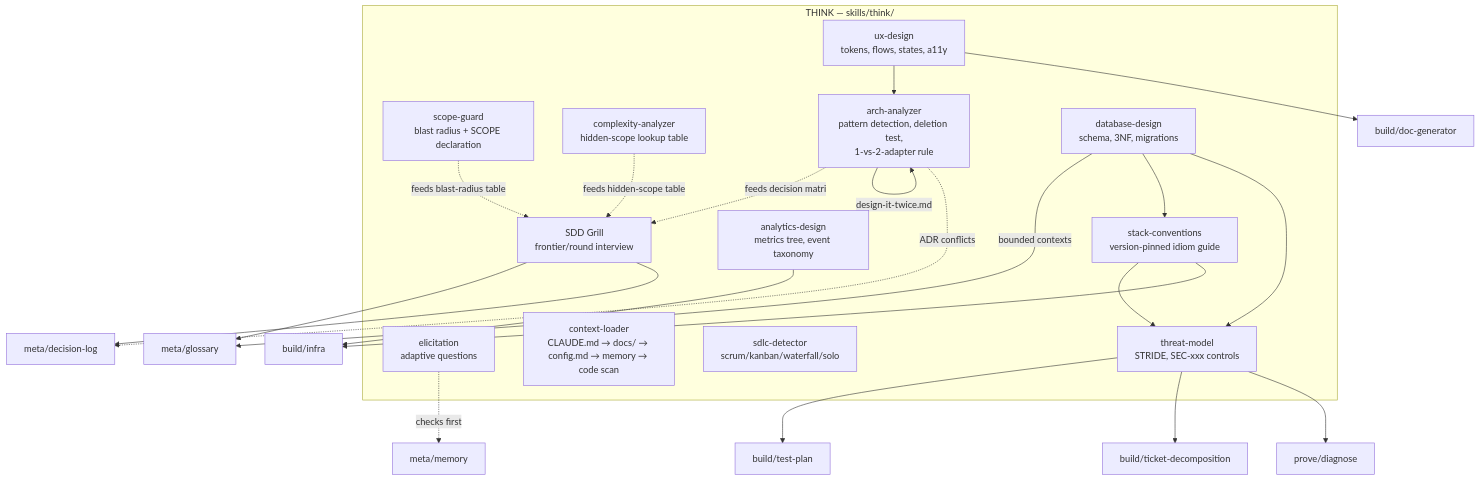
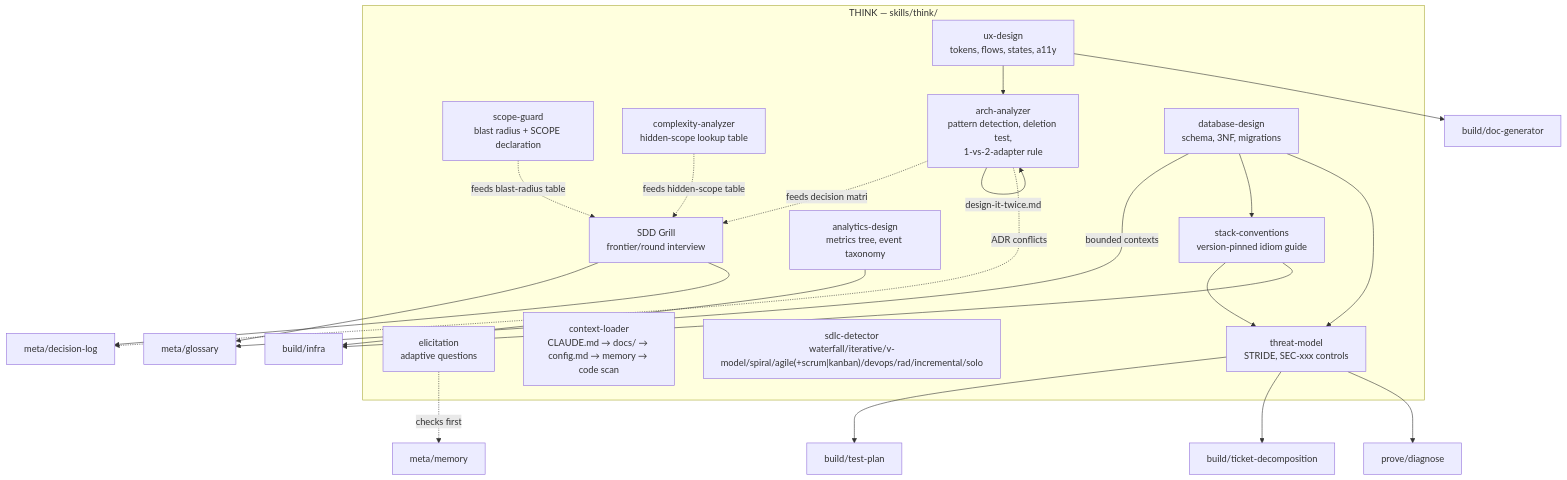
Before and after one commit to fprtm/sdd-pipeline: the third of 14 diagrams in docs/ARCHITECTURE.md, drawn with Mermaid. The commit also changed other lines of this file and 7 other files, not shown here.

First line of the commit message:
v6.1.0: fix SDLC taxonomy — Scrum/Kanban are Agile frameworks, not SDLC models

````diff
--- a/docs/ARCHITECTURE.md
+++ b/docs/ARCHITECTURE.md
@@ -107,37 +107,37 @@
 ```mermaid
 flowchart TD
     subgraph THINK["THINK — skills/think/"]
         ELI["elicitation\nadaptive questions"]
         CTX["context-loader\nCLAUDE.md → docs/ → config.md → memory → code scan"]
         SCOPE["scope-guard\nblast radius + SCOPE declaration"]
         CPLX["complexity-analyzer\nhidden-scope lookup table"]
-        SDLCD["sdlc-detector\nscrum/kanban/waterfall/solo"]
+        SDLCD["sdlc-detector\nwaterfall/iterative/v-model/spiral/agile(+scrum|kanban)/devops/rad/incremental/solo"]
         ARCH["arch-analyzer\npattern detection, deletion test,\n1-vs-2-adapter rule"]
         THREAT["threat-model\nSTRIDE, SEC-xxx controls"]
         DB["database-design\nschema, 3NF, migrations"]
         UX["ux-design\ntokens, flows, states, a11y"]
         STACK["stack-conventions\nversion-pinned idiom guide"]
         ANLY["analytics-design\nmetrics tree, event taxonomy"]
         GRILL["SDD Grill\nfrontier/round interview"]
     end
 
     CPLX -.feeds hidden-scope table.-> GRILL
     SCOPE -.feeds blast-radius table.-> GRILL
     ARCH -.feeds decision matrix.-> GRILL
     ARCH -->|"design-it-twice.md"| ARCH
     ARCH -.ADR conflicts.-> DEC["meta/decision-log"]
     DB -->|"bounded contexts"| GLOS["meta/glossary"]
     DB --> STACK
     DB --> THREAT
     STACK --> THREAT
     STACK --> INFRA["build/infra"]
     THREAT --> TESTPLAN["build/test-plan"]
     THREAT --> TICKETS["build/ticket-decomposition"]
     THREAT --> SECCHECK["prove/diagnose"]
     UX --> ARCH
     UX --> DOCGEN["build/doc-generator"]
     ANLY --> INFRA
     GRILL --> GLOS
     GRILL --> DEC
     ELI -.checks first.-> MEM["meta/memory"]
 ```
````
